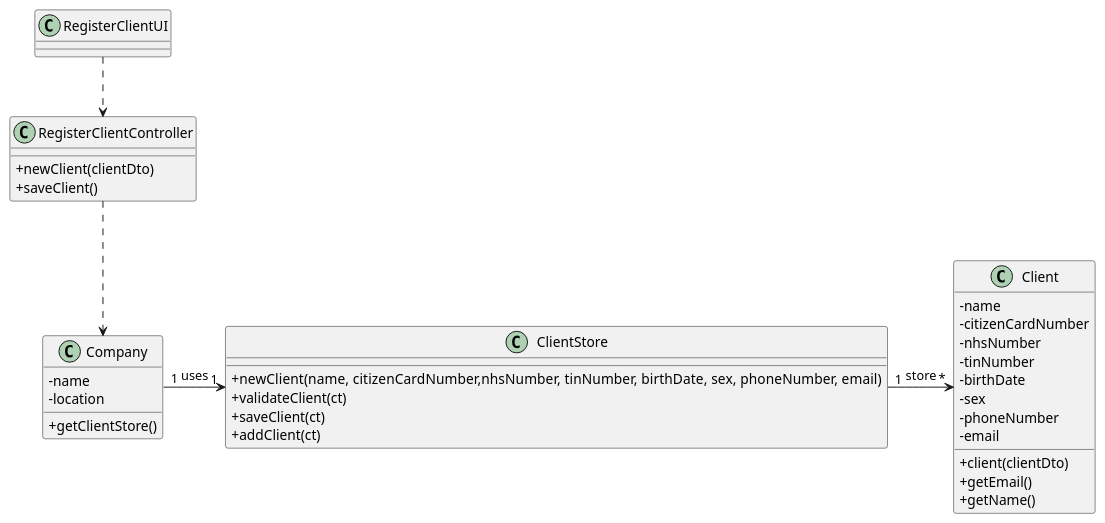
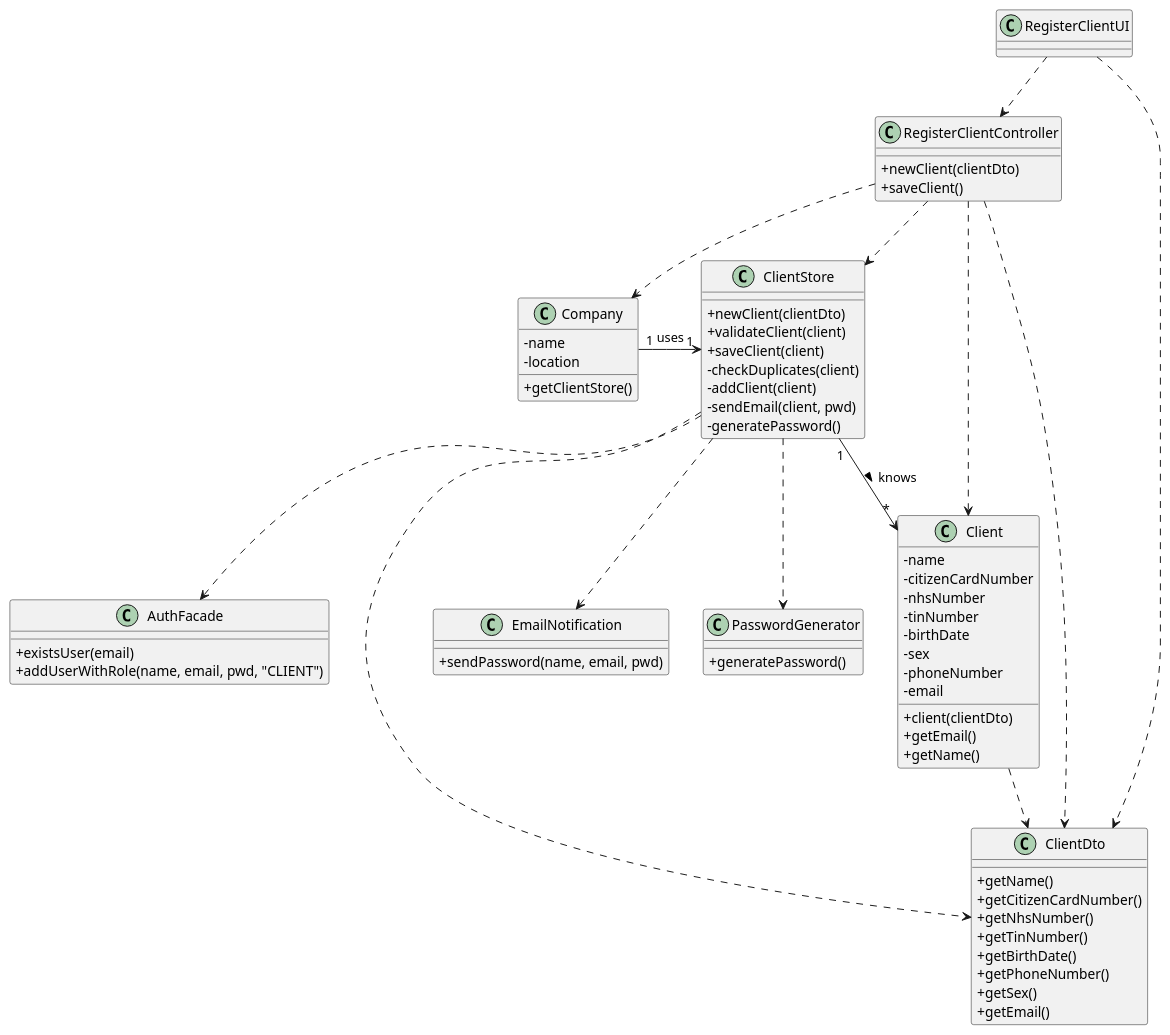
Before and after one commit to GuilhermeCunha79/lapr2: the diagram in docs/SprintC/US3/UC03_CD.puml, drawn with PlantUML. The commit also changed 1 other file, not shown here.

Commit message:
Finalization of the changes on Diagrams from Sprint B [US-03] [Requirements Engineering]

```diff
--- a/docs/SprintC/US3/UC03_CD.puml
+++ b/docs/SprintC/US3/UC03_CD.puml
@@ -1,47 +1,84 @@
 @startuml
 'https://plantuml.com/sequence-diagram
 skinparam classAttributeIconSize 0
 
-class RegisterClientUI
-{
+class RegisterClientUI{
 }
 
 class RegisterClientController
 {
     +newClient(clientDto)
     +saveClient()
 }
 
 class Client{
 	-name
 	-citizenCardNumber
     -nhsNumber
     -tinNumber
     -birthDate
     -sex
     -phoneNumber
     -email
     +client(clientDto)
     +getEmail()
     +getName()
 }
 
 class Company{
 -name
 -location
 +getClientStore()
 }
 
 class ClientStore{
-+newClient(name, citizenCardNumber,nhsNumber, tinNumber, birthDate, sex, phoneNumber, email)
-+validateClient(ct)
-+saveClient(ct)
-+addClient(ct)
++newClient(clientDto)
++validateClient(client)
++saveClient(client)
+-checkDuplicates(client)
+-addClient(client)
+-sendEmail(client, pwd)
+-generatePassword()
 }
 
+class ClientDto{
++getName()
++getCitizenCardNumber()
++getNhsNumber()
++getTinNumber()
++getBirthDate()
++getPhoneNumber()
++getSex()
++getEmail()
+
+}
+
+class EmailNotification{
++sendPassword(name, email, pwd)
+}
+
+class PasswordGenerator{
++generatePassword()
+}
+
+class AuthFacade{
++existsUser(email)
++addUserWithRole(name, email, pwd, "CLIENT")
+}
+
+
 RegisterClientUI ..> RegisterClientController
+RegisterClientUI ..> ClientDto
 RegisterClientController ..> Company
+RegisterClientController ..> ClientDto
+RegisterClientController ..> ClientStore
+RegisterClientController ..> Client
+Client ..> ClientDto
 Company"1" -> "1"ClientStore : uses
-ClientStore"1" ->"*" Client : store
+ClientStore"1" --> "*"Client :> knows
+ClientStore ..> ClientDto
+ClientStore ..> AuthFacade
+ClientStore ..> PasswordGenerator
+ClientStore ..> EmailNotification
 
 @enduml
```
